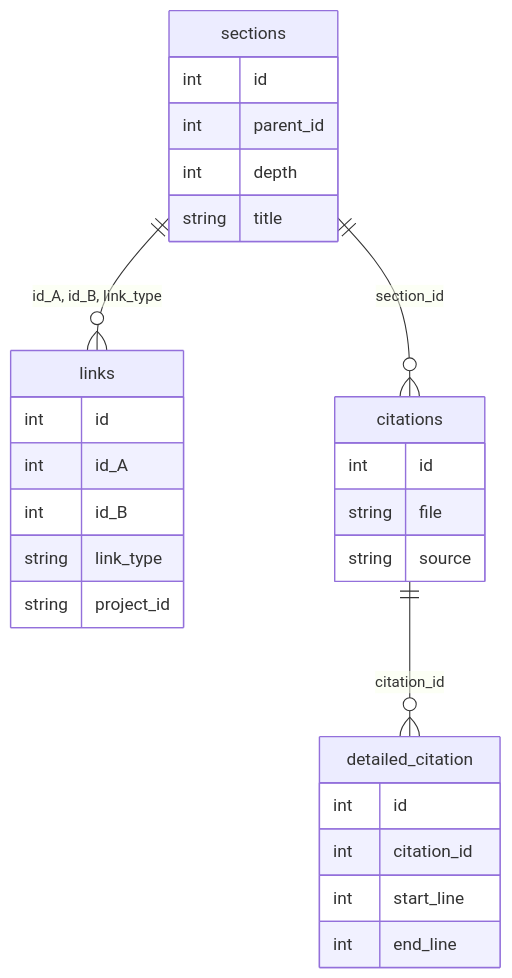
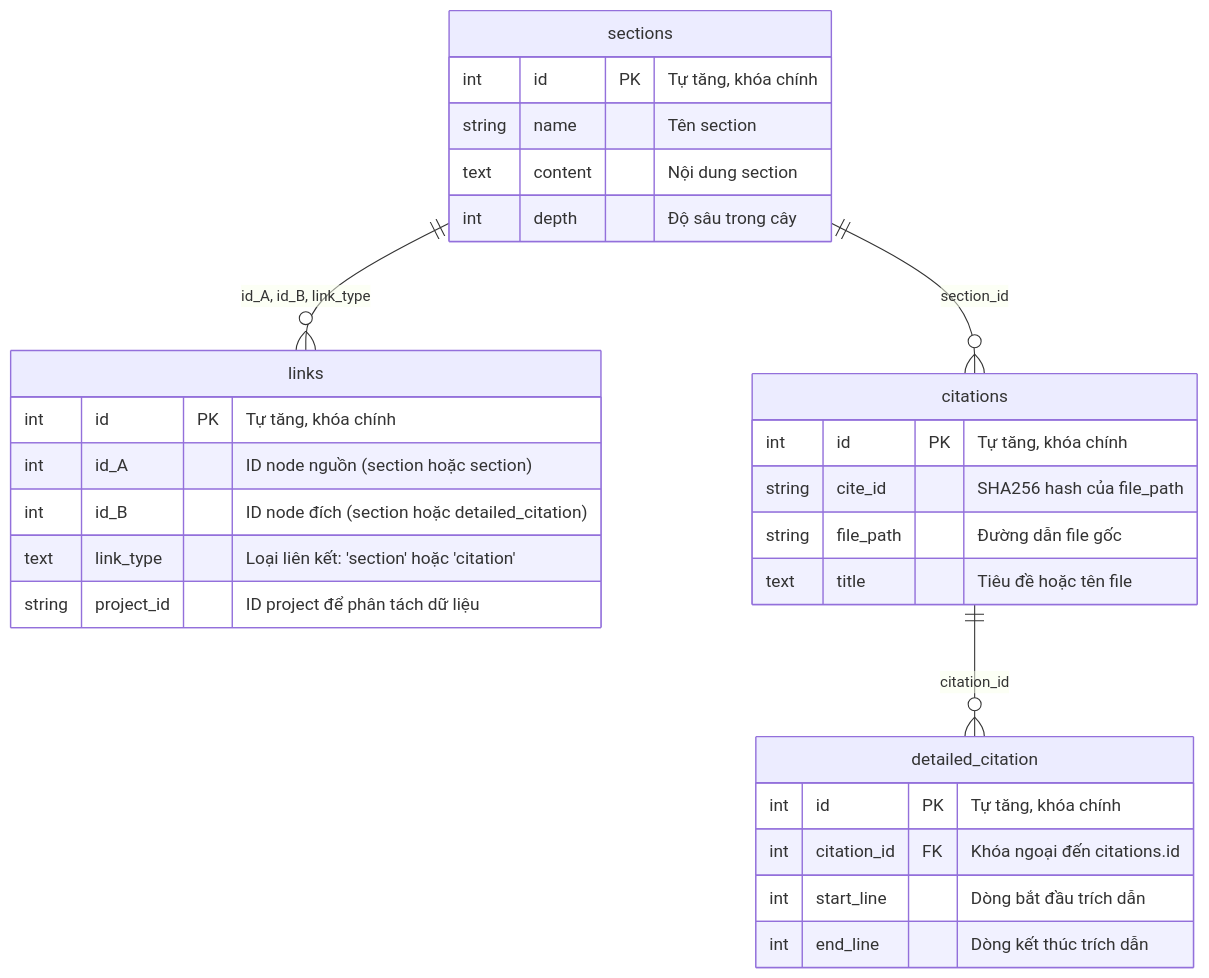
The diagram in C2B/Phase 2/Sprint-6/specs_db.md (anhttmle/CAIO), drawn with Mermaid before and after one commit. The commit also changed other lines of this file, not shown here.

````diff
--- a/C2B/Phase 2/Sprint-6/specs_db.md
+++ b/C2B/Phase 2/Sprint-6/specs_db.md
@@ -8,30 +8,31 @@
 ```mermaid
 erDiagram
     sections ||--o{ links : "id_A, id_B, link_type"
     sections ||--o{ citations : "section_id"
     citations ||--o{ detailed_citation : "citation_id"
     sections {
-        int id
-        int parent_id
-        int depth
-        string title
+        int id PK "Tự tăng, khóa chính"
+        string name "Tên section"
+        text content "Nội dung section"
+        int depth "Độ sâu trong cây"
     }
     citations {
-        int id
-        string file
-        string source
+        int id PK "Tự tăng, khóa chính"
+        string cite_id "SHA256 hash của file_path"
+        string file_path "Đường dẫn file gốc"
+        text title "Tiêu đề hoặc tên file"
     }
     detailed_citation {
-        int id
-        int citation_id
-        int start_line
-        int end_line
+        int id PK "Tự tăng, khóa chính"
+        int citation_id FK "Khóa ngoại đến citations.id"
+        int start_line "Dòng bắt đầu trích dẫn"
+        int end_line "Dòng kết thúc trích dẫn"
     }
     links {
-        int id
-        int id_A
-        int id_B
-        string link_type
-        string project_id
+        int id PK "Tự tăng, khóa chính"
+        int id_A "ID node nguồn (section hoặc section)"
+        int id_B "ID node đích (section hoặc detailed_citation)"
+        text link_type "Loại liên kết: 'section' hoặc 'citation'"
+        string project_id "ID project để phân tách dữ liệu"
     }
 ```
````
